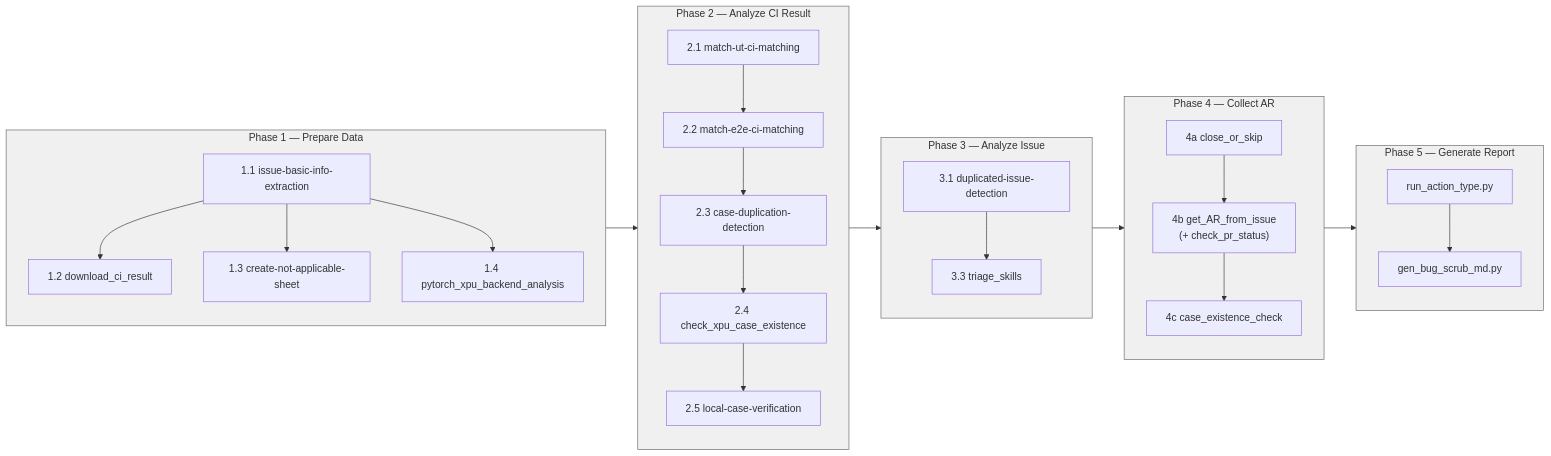
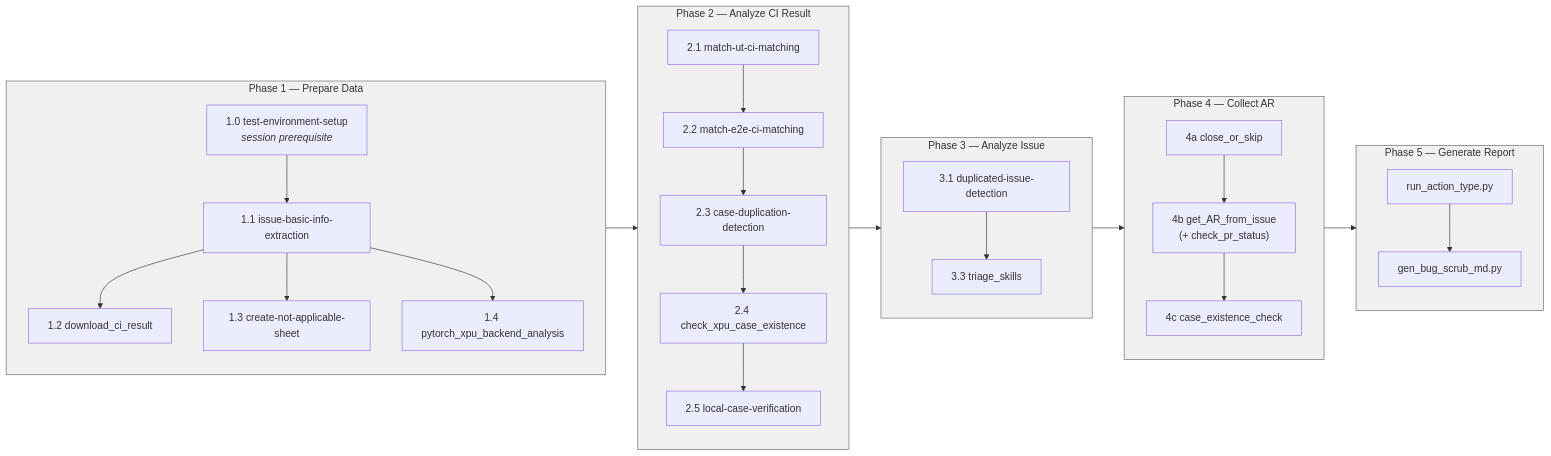
The second of 4 diagrams in .opencode/skills/bug_scrub/WORKFLOW.md (daisyden/torch-xpu-ops), drawn with Mermaid before and after one commit. The commit also changed other lines of this file and 288 other files, not shown here.

````diff
--- a/.opencode/skills/bug_scrub/WORKFLOW.md
+++ b/.opencode/skills/bug_scrub/WORKFLOW.md
@@ -183,24 +191,25 @@
 ```mermaid
 flowchart LR
     subgraph Prep["Phase 1 — Prepare Data"]
-        A1["1.1 issue-basic-info-extraction"] --> A2["1.2 download_ci_result"]
+        A0["1.0 test-environment-setup<br/><i>session prerequisite</i>"] --> A1["1.1 issue-basic-info-extraction"]
+        A1 --> A2["1.2 download_ci_result"]
         A1 --> A3["1.3 create-not-applicable-sheet"]
         A1 --> A4["1.4 pytorch_xpu_backend_analysis"]
     end
     subgraph CI["Phase 2 — Analyze CI Result"]
         B1["2.1 match-ut-ci-matching"] --> B2["2.2 match-e2e-ci-matching"] --> B3["2.3 case-duplication-detection"] --> B4["2.4 check_xpu_case_existence"] --> B5["2.5 local-case-verification"]
     end
     subgraph Issue["Phase 3 — Analyze Issue"]
         C1["3.1 duplicated-issue-detection"] --> C3["3.3 triage_skills"]
     end
     subgraph AR["Phase 4 — Collect AR"]
         D1["4a close_or_skip"] --> D2["4b get_AR_from_issue<br/>(+ check_pr_status)"] --> D3["4c case_existence_check"]
     end
     subgraph Report["Phase 5 — Generate Report"]
         E1["run_action_type.py"] --> E2["gen_bug_scrub_md.py"]
     end
     Prep --> CI --> Issue --> AR --> Report
 
     classDef ph fill:#f0f0f0,stroke:#666
     class Prep,CI,Issue,AR,Report ph
 ```
````
